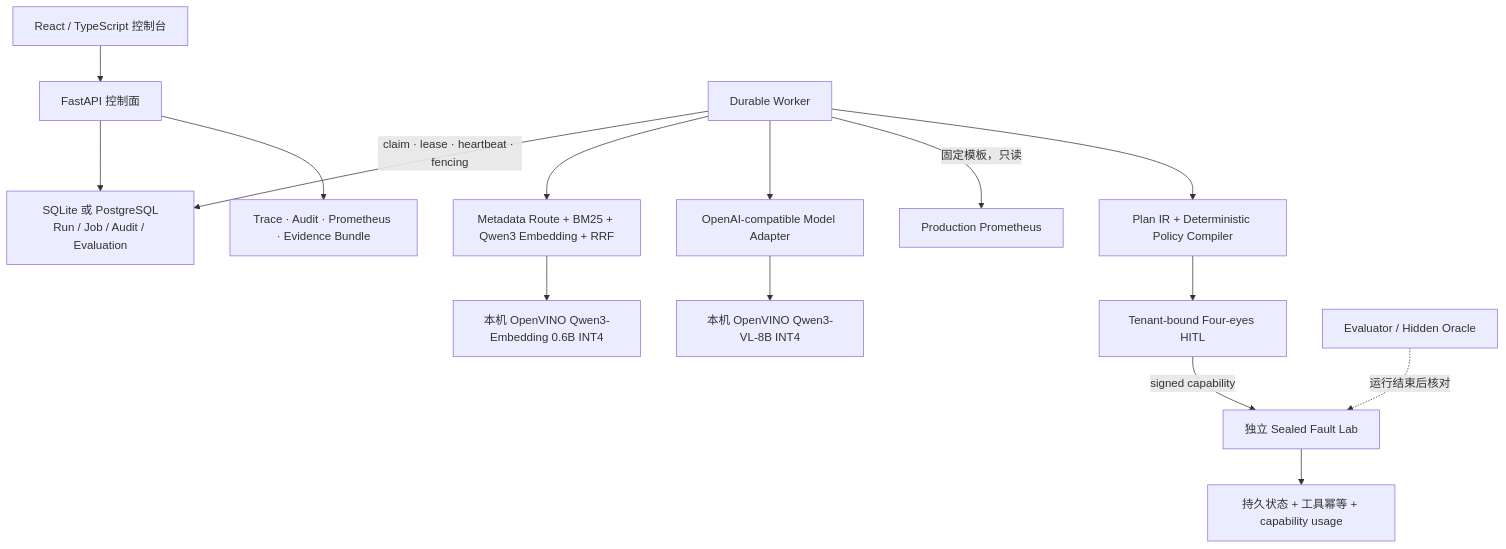
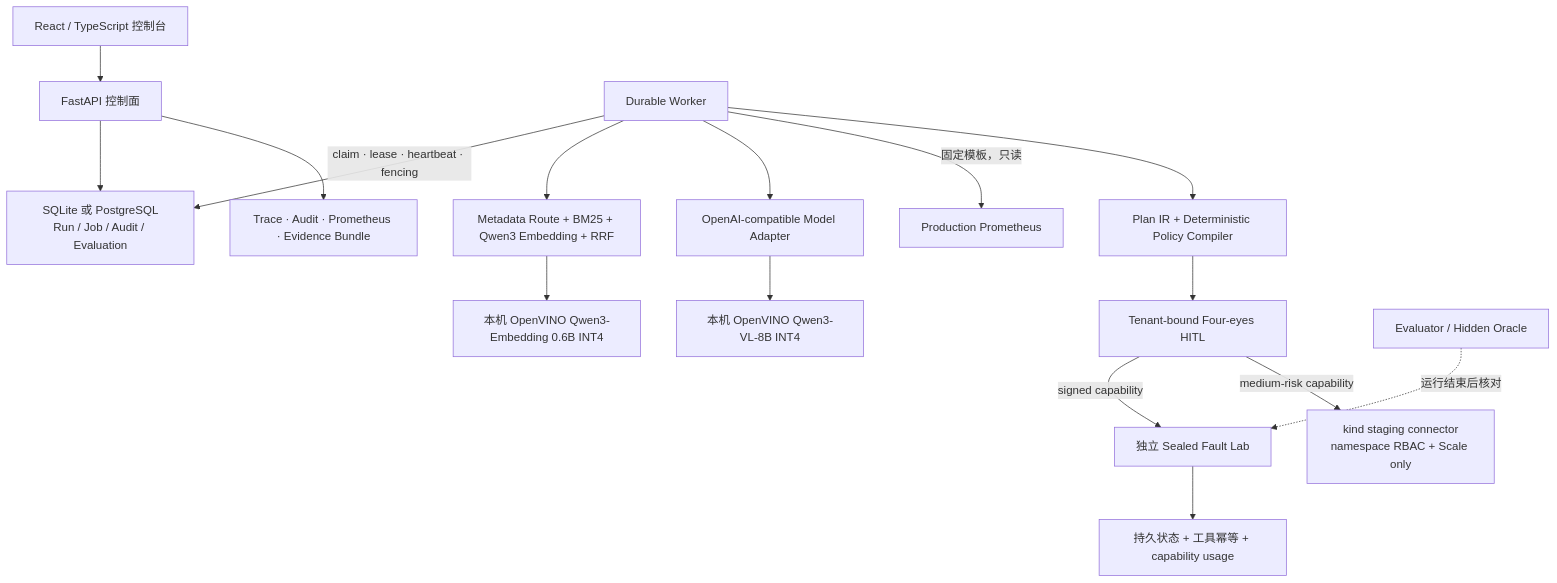
One commit to tianhao8687/shou-ba-shou-jiaoxue-ai-agent changed the diagram in README.md. Above: the diagram before and after it, drawn with Mermaid. The commit also changed other lines of this file and 51 other files, not shown here.

````diff
--- a/README.md
+++ b/README.md
@@ -40,17 +41,18 @@
 ```mermaid
 flowchart TB
     UI["React / TypeScript 控制台"] --> API["FastAPI 控制面"]
     API --> DB["SQLite 或 PostgreSQL<br/>Run / Job / Audit / Evaluation"]
     WORKER["Durable Worker"] -->|"claim · lease · heartbeat · fencing"| DB
     WORKER --> RAG["Metadata Route + BM25 + Qwen3 Embedding + RRF"]
     RAG --> EMB["本机 OpenVINO Qwen3-Embedding 0.6B INT4"]
     WORKER --> MODEL["OpenAI-compatible Model Adapter"]
     MODEL --> QWEN["本机 OpenVINO Qwen3-VL-8B INT4"]
     WORKER -->|"固定模板，只读"| PROM["Production Prometheus"]
     WORKER --> POLICY["Plan IR + Deterministic Policy Compiler"]
     POLICY --> GATE["Tenant-bound Four-eyes HITL"]
     GATE -->|"signed capability"| LAB["独立 Sealed Fault Lab"]
+    GATE -->|"medium-risk capability"| K8S["kind staging connector<br/>namespace RBAC + Scale only"]
     LAB --> STATE["持久状态 + 工具幂等 + capability usage"]
     EVAL["Evaluator / Hidden Oracle"] -. "运行结束后核对" .-> LAB
     API --> OBS["Trace · Audit · Prometheus · Evidence Bundle"]
 ```
````
